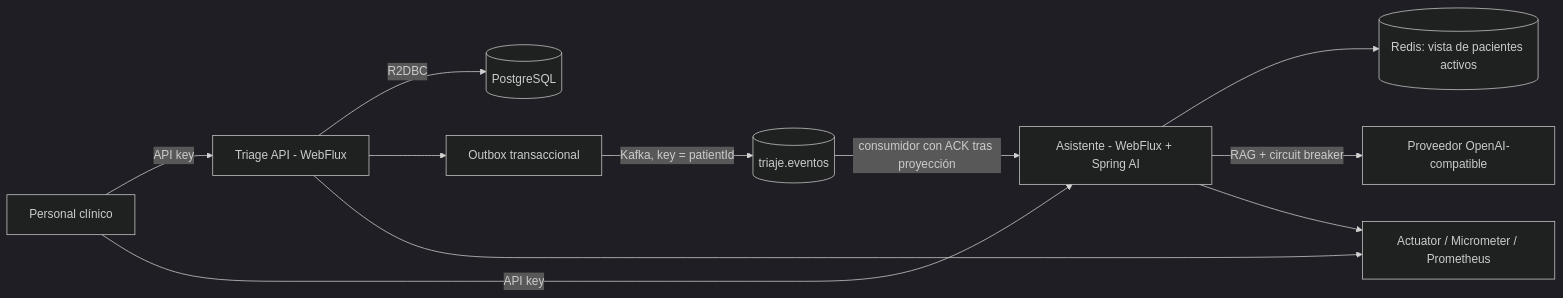
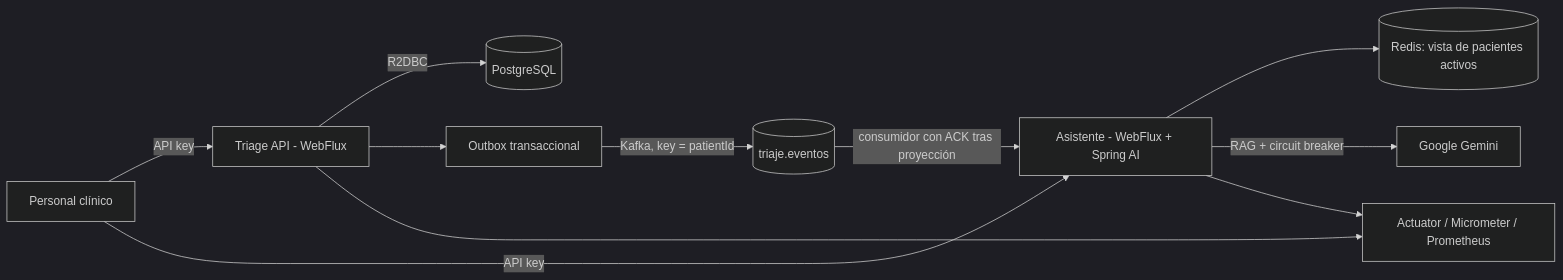
Before and after one commit to zayro/prueba_ceiba_senior: the diagram in README.md, drawn with Mermaid (dark theme). The commit also changed other lines of this file and 8 other files, not shown here.

````diff
--- a/README.md
+++ b/README.md
@@ -12,13 +12,13 @@
 ```mermaid
 flowchart LR
     Clinician[Personal clínico] -->|API key| Triage[Triage API - WebFlux]
     Clinician -->|API key| Assistant[Asistente - WebFlux + Spring AI]
     Triage -->|R2DBC| PG[(PostgreSQL)]
     Triage --> Outbox[Outbox transaccional]
     Outbox -->|Kafka, key = patientId| Kafka[(triaje.eventos)]
     Kafka -->|consumidor con ACK tras proyección| Assistant
     Assistant --> Redis[(Redis: vista de pacientes activos)]
-    Assistant -->|RAG + circuit breaker| LLM[Proveedor OpenAI-compatible]
+    Assistant -->|RAG + circuit breaker| Gemini[Google Gemini]
     Triage --> Metrics[Actuator / Micrometer / Prometheus]
     Assistant --> Metrics
 ```
````
